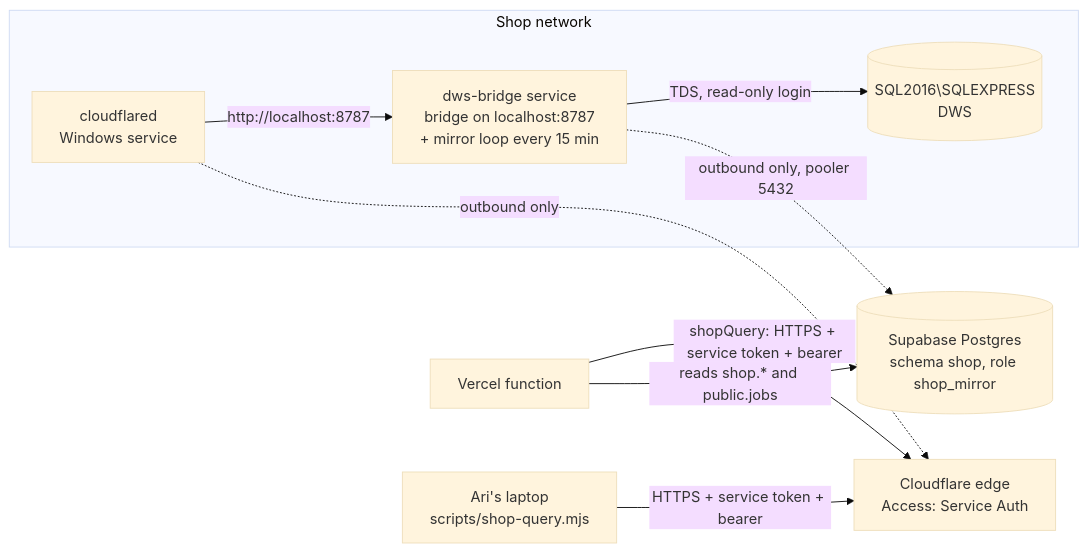
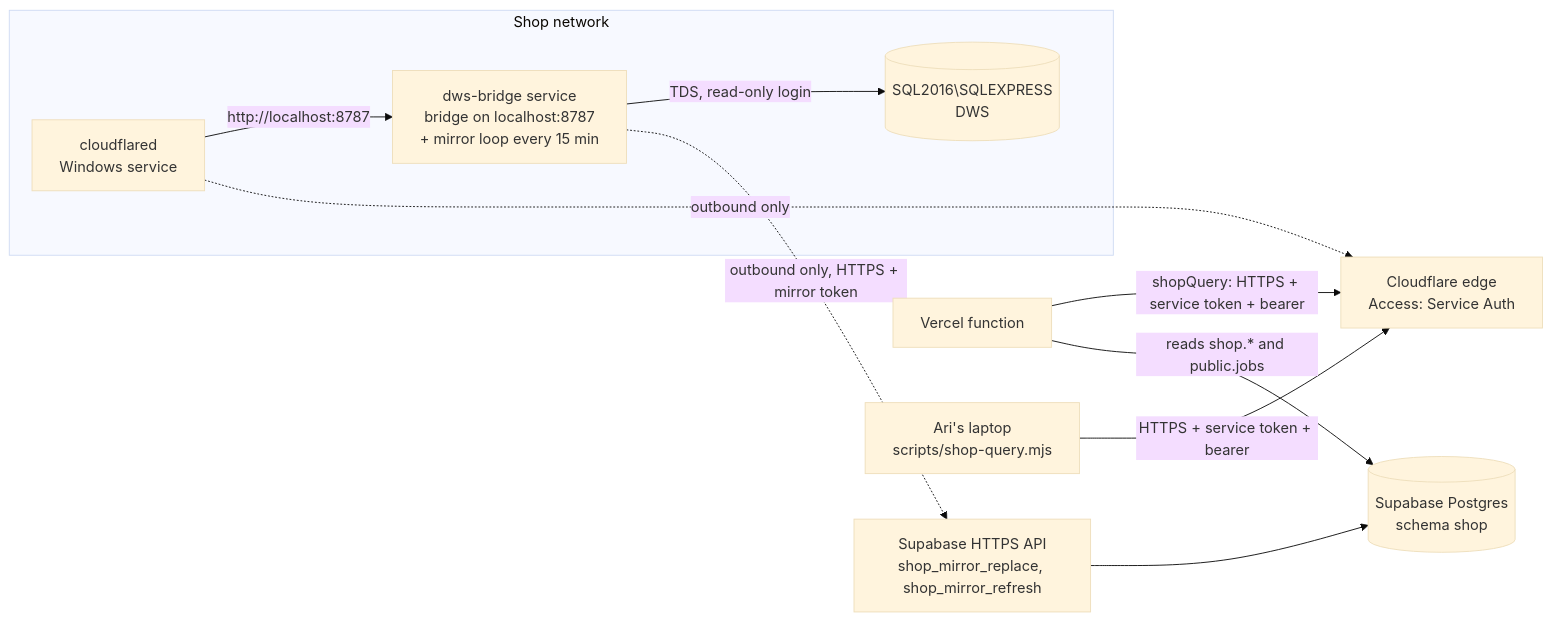
One commit to ariavasulin/OpenReimbursements changed the diagram in plans/active/shop-db-bridge/plan.md. Above: the diagram before and after it, drawn with Mermaid (base theme). The commit also changed other lines of this file and 34 other files, not shown here.

Commit message:
fix(shop): mirror writes over https functions with no database login

````diff
--- a/plans/active/shop-db-bridge/plan.md
+++ b/plans/active/shop-db-bridge/plan.md
@@ -131,19 +133,21 @@
 ```mermaid
 flowchart LR
   subgraph shop [Shop network]
     SQL[(SQL2016\SQLEXPRESS<br/>DWS)]
     S[dws-bridge service<br/>bridge on localhost:8787<br/>+ mirror loop every 15 min]
     C[cloudflared<br/>Windows service]
     S -- TDS, read-only login --> SQL
     C -- http://localhost:8787 --> S
   end
   CF[Cloudflare edge<br/>Access: Service Auth]
   C -. outbound only .-> CF
-  PG[(Supabase Postgres<br/>schema shop, role shop_mirror)]
-  S -. outbound only, pooler 5432 .-> PG
+  PG[(Supabase Postgres<br/>schema shop)]
+  API[Supabase HTTPS API<br/>shop_mirror_replace, shop_mirror_refresh]
+  S -. outbound only, HTTPS + mirror token .-> API
+  API --> PG
   V[Vercel function]
   L[Ari's laptop<br/>scripts/shop-query.mjs]
   V -- "shopQuery: HTTPS + service token + bearer" --> CF
   L -- "HTTPS + service token + bearer" --> CF
   V -- reads shop.* and public.jobs --> PG
 ```
````
